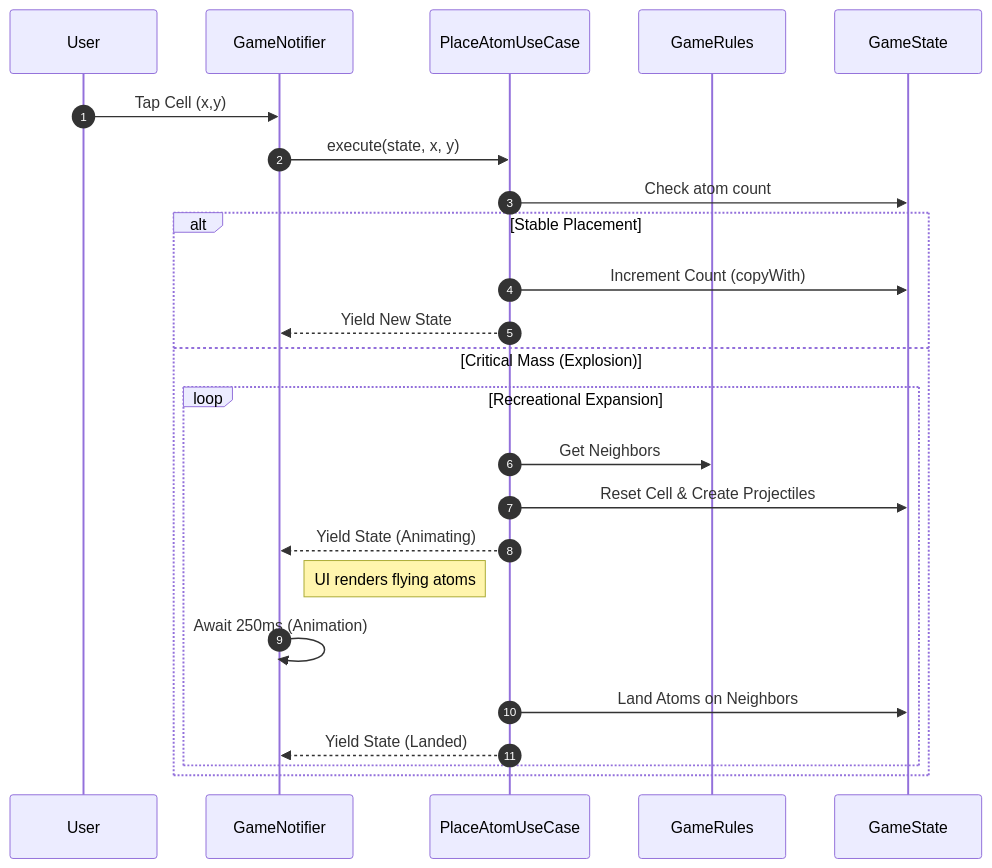
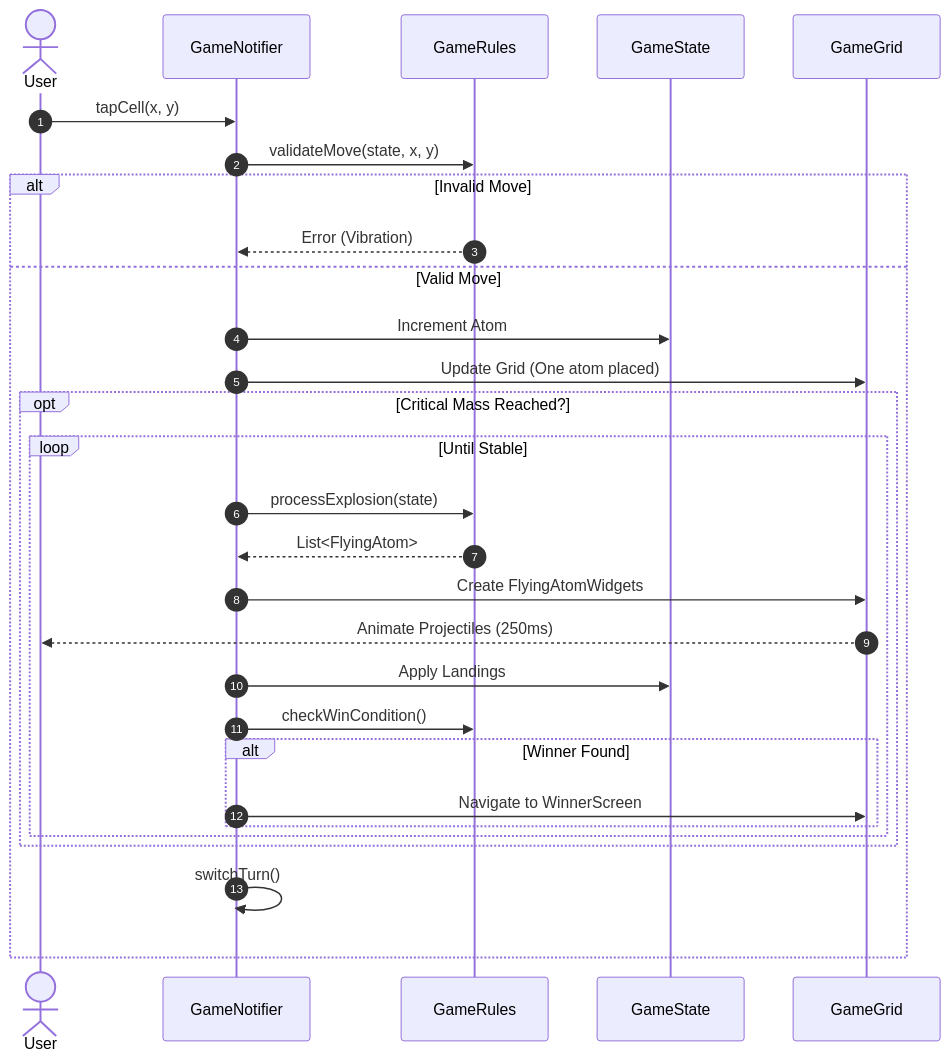
Before and after one commit to saatvik333/chain-reaction-reborn: the third of 7 diagrams in architecture.md, drawn with Mermaid. The commit also changed other lines of this file and 78 other files, not shown here.

First line of the commit message:
refactor(release): unify logic, enforce determinism and optimize grid

````diff
--- a/architecture.md
+++ b/architecture.md
@@ -61,30 +200,38 @@
 ```mermaid
 sequenceDiagram
     autonumber
-    participant User
-    participant UI as GameNotifier
-    participant Logic as PlaceAtomUseCase
+    actor User
+    participant Notifier as GameNotifier
     participant Rules as GameRules
     participant State as GameState
+    participant UI as GameGrid
 
-    User->>UI: Tap Cell (x,y)
-    UI->>Logic: execute(state, x, y)
-    Logic->>State: Check atom count
-
-    alt Stable Placement
-        Logic->>State: Increment Count (copyWith)
-        Logic-->>UI: Yield New State
-    else Critical Mass (Explosion)
-        loop Recreational Expansion
-            Logic->>Rules: Get Neighbors
-            Logic->>State: Reset Cell & Create Projectiles
-            Logic-->>UI: Yield State (Animating)
-            Note right of UI: UI renders flying atoms
-
-            UI->>UI: Await 250ms (Animation)
-
-            Logic->>State: Land Atoms on Neighbors
-            Logic-->>UI: Yield State (Landed)
+    User->>Notifier: tapCell(x, y)
+    Notifier->>Rules: validateMove(state, x, y)
+    
+    alt Invalid Move
+        Rules-->>Notifier: Error (Vibration)
+    else Valid Move
+        Notifier->>State: Increment Atom
+        Notifier->>UI: Update Grid (One atom placed)
+        
+        opt Critical Mass Reached?
+            loop Until Stable
+                 Notifier->>Rules: processExplosion(state)
+                 Rules-->>Notifier: List<FlyingAtom>
+                 
+                 Notifier->>UI: Create FlyingAtomWidgets
+                 UI-->>User: Animate Projectiles (250ms)
+                 
+                 Notifier->>State: Apply Landings
+                 Notifier->>Rules: checkWinCondition()
+                 
+                 alt Winner Found
+                     Notifier->>UI: Navigate to WinnerScreen
+                 end
+            end
         end
+        
+        Notifier->>Notifier: switchTurn()
     end
 ```
````
